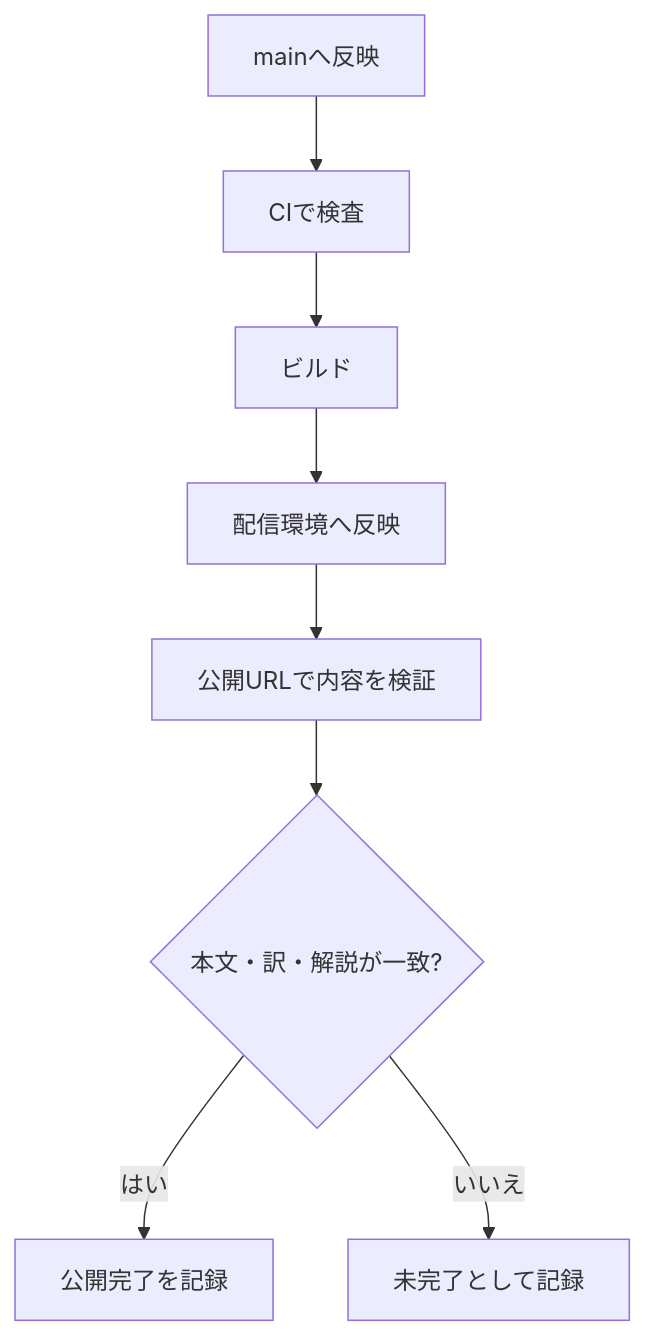
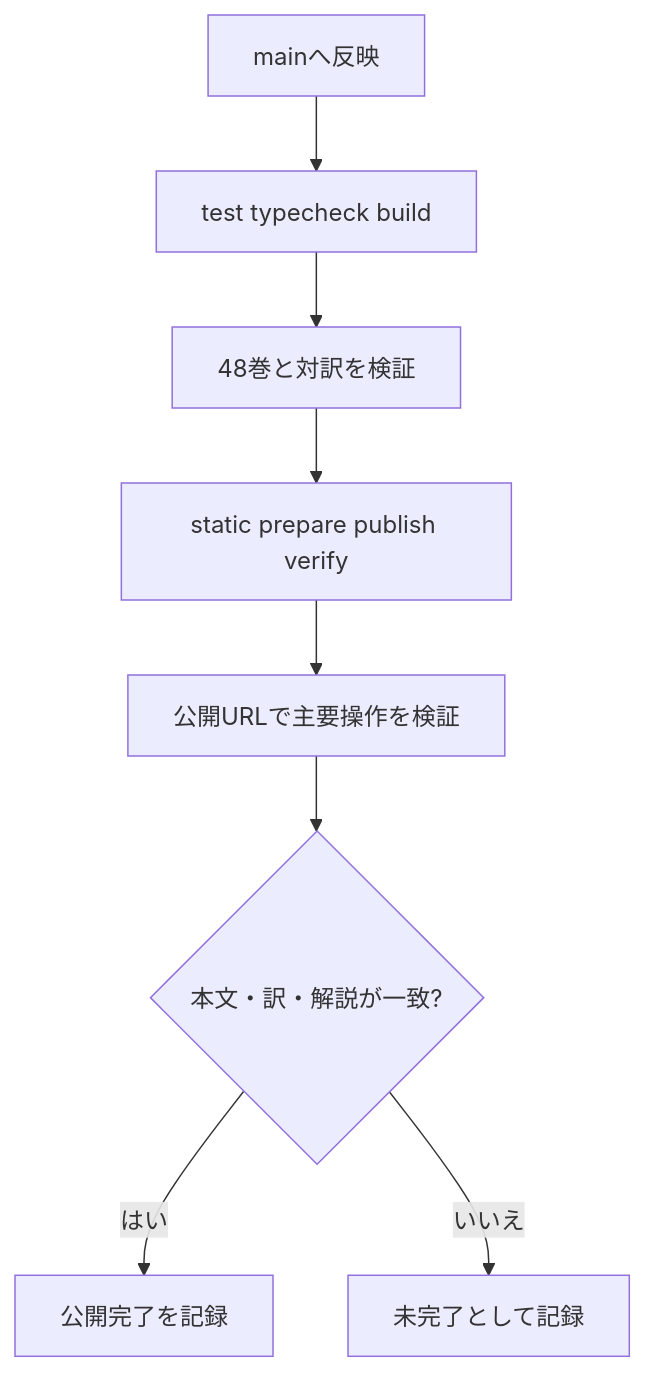
The sixth of 6 diagrams in FLOW.md (hogehonya/homer-reader), drawn with Mermaid before and after one commit. The commit also changed other lines of this file and 29 other files, not shown here.

````diff
--- a/FLOW.md
+++ b/FLOW.md
@@ -90,10 +90,10 @@
 ```mermaid
 flowchart TD
-    A[mainへ反映] --> B[CIで検査]
-    B --> C[ビルド]
-    C --> D[配信環境へ反映]
-    D --> E[公開URLで内容を検証]
+    A[mainへ反映] --> B[test typecheck build]
+    B --> C[48巻と対訳を検証]
+    C --> D[static prepare publish verify]
+    D --> E[公開URLで主要操作を検証]
     E --> F{本文・訳・解説が一致?}
     F -->|はい| G[公開完了を記録]
     F -->|いいえ| H[未完了として記録]
 ```
````
